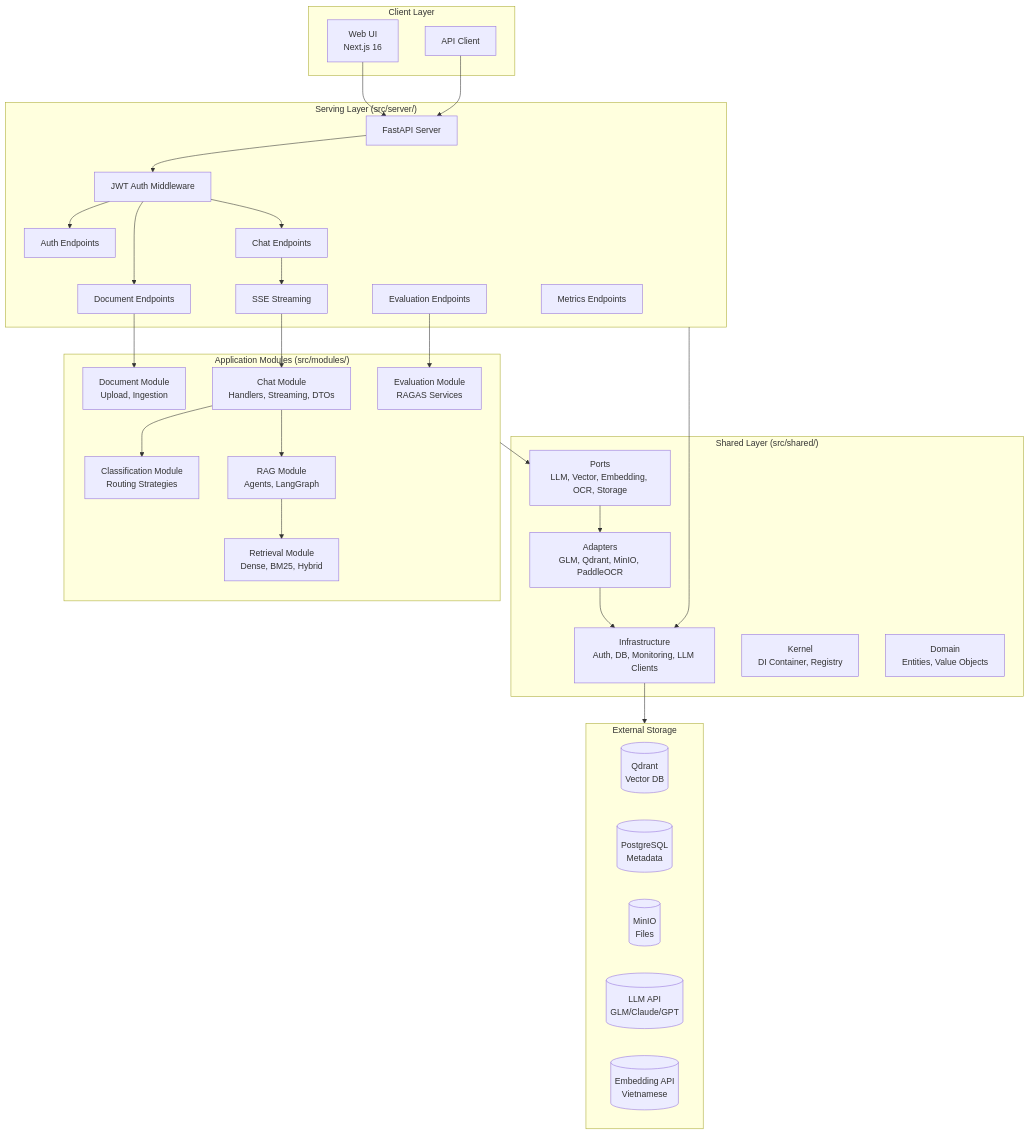
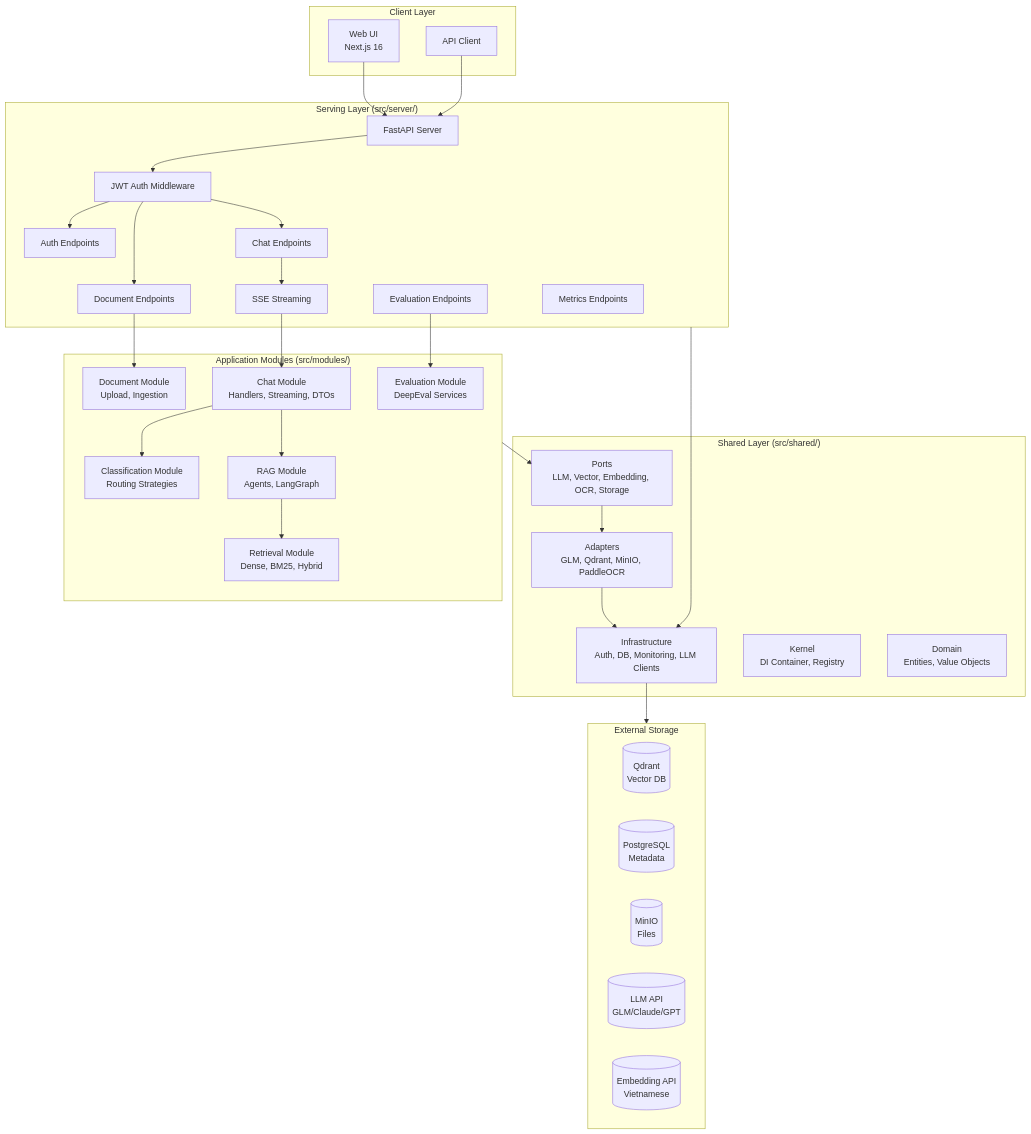
Before and after one commit to vuongngochau2004/kira: the first of 2 diagrams in docs/system-architecture.md, drawn with Mermaid. The commit also changed other lines of this file and 41 other files, not shown here.

````diff
--- a/docs/system-architecture.md
+++ b/docs/system-architecture.md
@@ -7,62 +7,62 @@
 ```mermaid
 graph TB
     subgraph Clients["Client Layer"]
         WebUI[Web UI<br/>Next.js 16]
         APIKey[API Client]
     end
 
     subgraph Serving["Serving Layer (src/server/)"]
         FastAPI[FastAPI Server]
         AuthJWT[JWT Auth Middleware]
         SSE[SSE Streaming]
         AuthEP[Auth Endpoints]
         DocEP[Document Endpoints]
         ChatEP[Chat Endpoints]
         EvalEP[Evaluation Endpoints]
         MetricsEP[Metrics Endpoints]
     end
 
     subgraph Modules["Application Modules (src/modules/)"]
         ChatMod[Chat Module<br/>Handlers, Streaming, DTOs]
         ClassMod[Classification Module<br/>Routing Strategies]
         DocMod[Document Module<br/>Upload, Ingestion]
-        EvalMod[Evaluation Module<br/>RAGAS Services]
+        EvalMod[Evaluation Module<br/>DeepEval Services]
         RAGMod[RAG Module<br/>Agents, LangGraph]
         RetMod[Retrieval Module<br/>Dense, BM25, Hybrid]
     end
 
     subgraph Shared["Shared Layer (src/shared/)"]
         Ports[Ports<br/>LLM, Vector, Embedding, OCR, Storage]
         Adapters[Adapters<br/>GLM, Qdrant, MinIO, PaddleOCR]
         Infra[Infrastructure<br/>Auth, DB, Monitoring, LLM Clients]
         Kernel[Kernel<br/>DI Container, Registry]
         Domain[Domain<br/>Entities, Value Objects]
     end
 
     subgraph Storage["External Storage"]
         QdrantDB[(Qdrant<br/>Vector DB)]
         PGDB[(PostgreSQL<br/>Metadata)]
         MinIO[(MinIO<br/>Files)]
         LLMService[(LLM API<br/>GLM/Claude/GPT)]
         EmbedAPI[(Embedding API<br/>Vietnamese)]
     end
 
     WebUI --> FastAPI
     APIKey --> FastAPI
     FastAPI --> AuthJWT
     AuthJWT --> AuthEP
     AuthJWT --> DocEP
     AuthJWT --> ChatEP
     ChatEP --> SSE
     SSE --> ChatMod
     ChatMod --> ClassMod
     ChatMod --> RAGMod
     RAGMod --> RetMod
     DocEP --> DocMod
     EvalEP --> EvalMod
     Modules --> Ports
     Ports --> Adapters
     Serving --> Infra
     Adapters --> Infra
     Infra --> Storage
 ```
````
